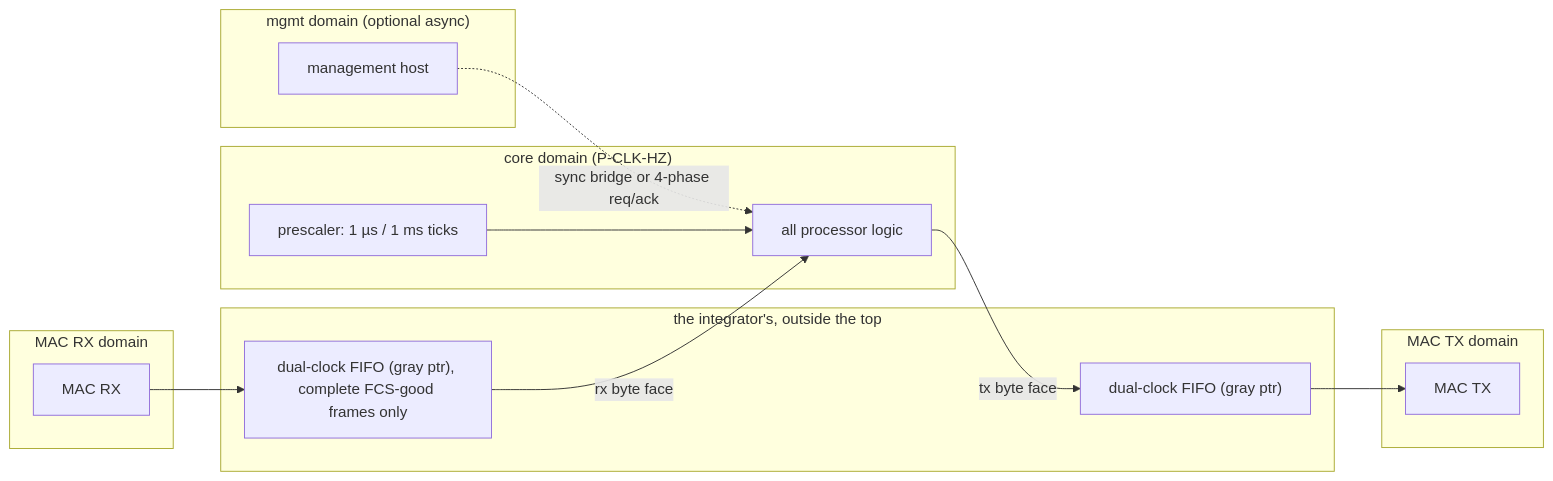
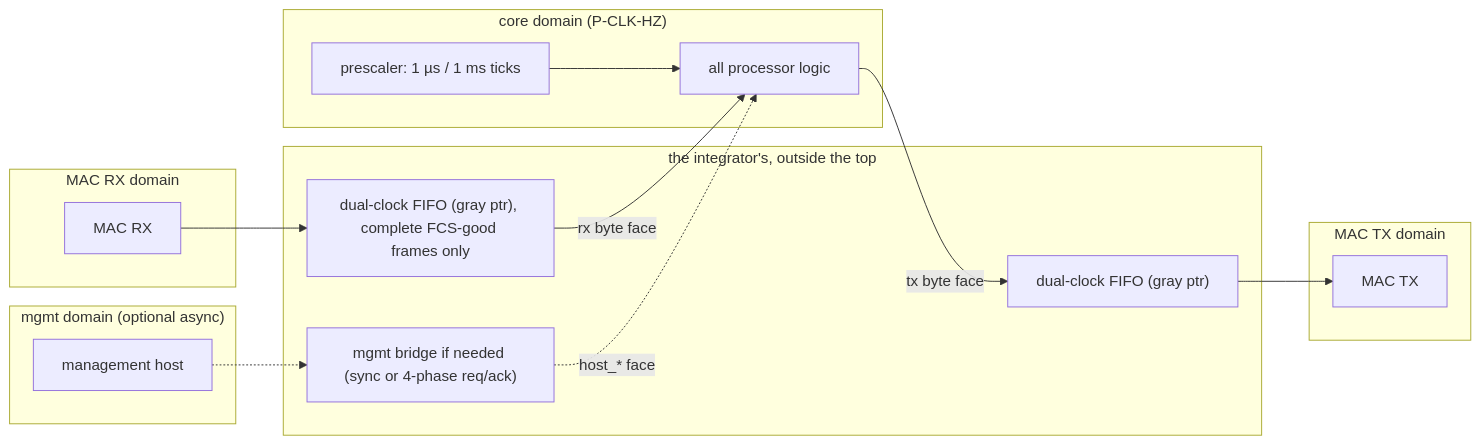
Before and after one commit to Mister-M-alt/protocol-processor-control-plane-avb-milan: the second of 2 diagrams in docs/architecture/02_interfaces.md, drawn with Mermaid. The commit also changed other lines of this file and 1 other file, not shown here.

Commit message:
Put the management host on the core clock behind the integrator's bridge in F02.9 and F02.2, say an ungranted nvm_dev_req_o is withdrawn at the deadline, and list hand-authored SVG in the GAP-14 resolution (R473-1 SUGGESTION-4, -5 and -6, R472-1 S3)

````diff
--- a/docs/architecture/02_interfaces.md
+++ b/docs/architecture/02_interfaces.md
@@ -75,24 +75,25 @@
 ```mermaid
 flowchart LR
   subgraph macrxd ["MAC RX domain"]
     rxmac["MAC RX"]
   end
   subgraph fifod ["the integrator's, outside the top"]
     fifo_rx["dual-clock FIFO (gray ptr), complete FCS-good frames only"]
     fifo_tx["dual-clock FIFO (gray ptr)"]
+    bridge["mgmt bridge if needed (sync or 4-phase req/ack)"]
   end
   subgraph cored ["core domain (P-CLK-HZ)"]
     corelogic["all processor logic"]
     tick["prescaler: 1 µs / 1 ms ticks"]
   end
   subgraph mactxd ["MAC TX domain"]
     txmac["MAC TX"]
   end
   subgraph mgmtd ["mgmt domain (optional async)"]
     host["management host"]
   end
   rxmac --> fifo_rx -- "rx byte face" --> corelogic
   corelogic -- "tx byte face" --> fifo_tx --> txmac
-  host -. "sync bridge or 4-phase req/ack" .-> corelogic
+  host -.-> bridge -. "host_* face" .-> corelogic
   tick --> corelogic
 ```
````
